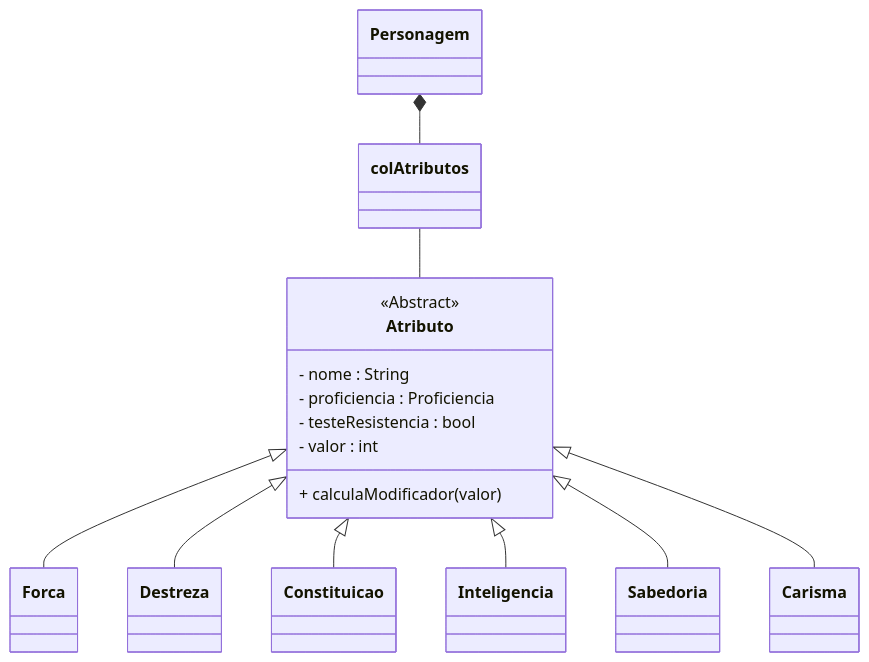
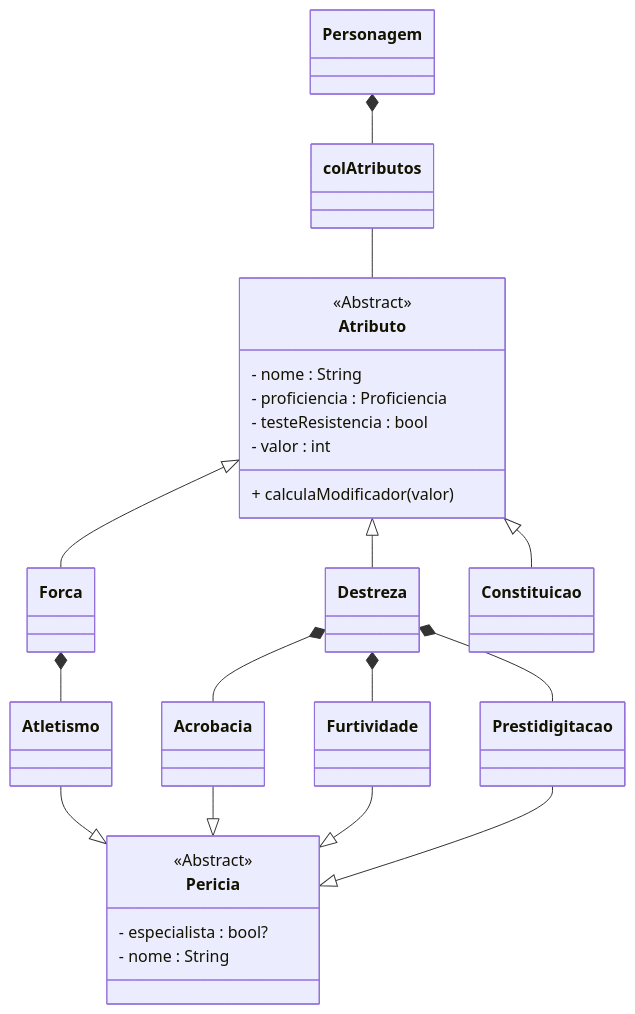
The diagram in docs/generator/atributo.md (SirGanB/nio-website), drawn with Mermaid before and after one commit. The commit also changed other lines of this file and 1 other file, not shown here.

````diff
--- a/docs/generator/atributo.md
+++ b/docs/generator/atributo.md
@@ -22,20 +49,31 @@
 ```mermaid
 classDiagram
     Personagem *-- colAtributos
     colAtributos -- Atributo
     Atributo <|-- Forca
+        Forca *-- Atletismo
+            Atletismo --|> Pericia
     Atributo <|-- Destreza
+        Destreza *-- Acrobacia
+            Acrobacia --|> Pericia
+        Destreza *-- Furtividade
+            Furtividade --|> Pericia
+        Destreza *-- Prestidigitacao
+            Prestidigitacao --|> Pericia
     Atributo <|-- Constituicao
-    Atributo <|-- Inteligencia
-    Atributo <|-- Sabedoria
-    Atributo <|-- Carisma
 
     <<Abstract>> Atributo
     class Atributo {
         - nome : String
         - proficiencia : Proficiencia
         - testeResistencia : bool
         - valor : int
         + calculaModificador(valor)
     }
+
+    <<Abstract>> Pericia
+    class Pericia {
+        - especialista : bool?
+        - nome : String
+    }
 ```
````
